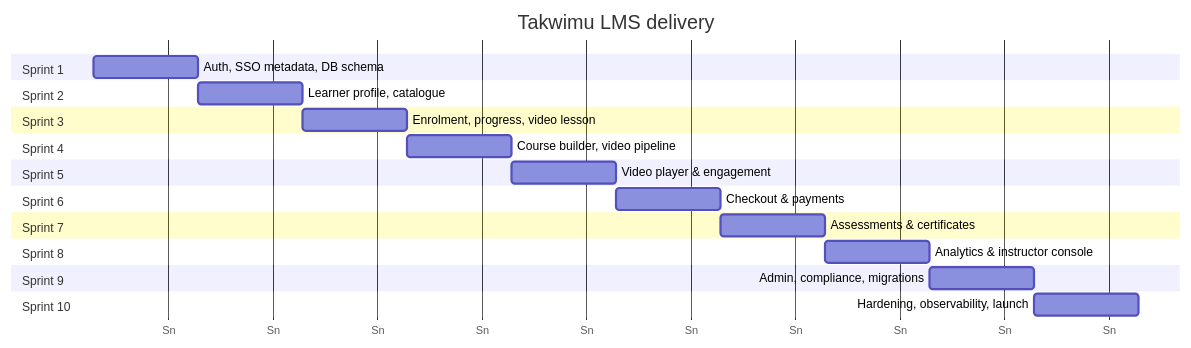
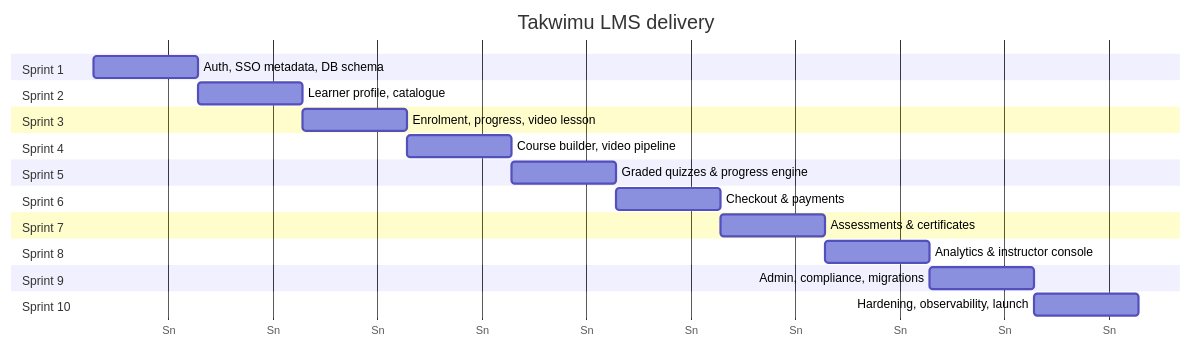
The seventh of 7 diagrams in docs/architecture.md (Godwin-88/laughing-waffle), drawn with Mermaid before and after one commit. The commit also changed other lines of this file and 21 other files, not shown here.

First line of the commit message:
feat(api,web): add graded module quizzes and real-time progress engine (US-3.2.2, US-5.1.1)

````diff
--- a/docs/architecture.md
+++ b/docs/architecture.md
@@ -268,26 +343,26 @@
 ```mermaid
 gantt
     title Takwimu LMS delivery
     dateFormat  YYYY-MM-DD
     axisFormat  S%n
     section Sprint 1
     Auth, SSO metadata, DB schema     :s1, 2026-09-01, 7d
     section Sprint 2
     Learner profile, catalogue        :s2, after s1, 7d
     section Sprint 3
     Enrolment, progress, video lesson :s3, after s2, 7d
     section Sprint 4
     Course builder, video pipeline    :s4, after s3, 7d
     section Sprint 5
-    Video player & engagement         :s5, after s4, 7d
+    Graded quizzes & progress engine  :s5, after s4, 7d
     section Sprint 6
     Checkout & payments               :s6, after s5, 7d
     section Sprint 7
     Assessments & certificates        :s7, after s6, 7d
     section Sprint 8
     Analytics & instructor console    :s8, after s7, 7d
     section Sprint 9
     Admin, compliance, migrations     :s9, after s8, 7d
     section Sprint 10
     Hardening, observability, launch  :s10, after s9, 7d
 ```
````
